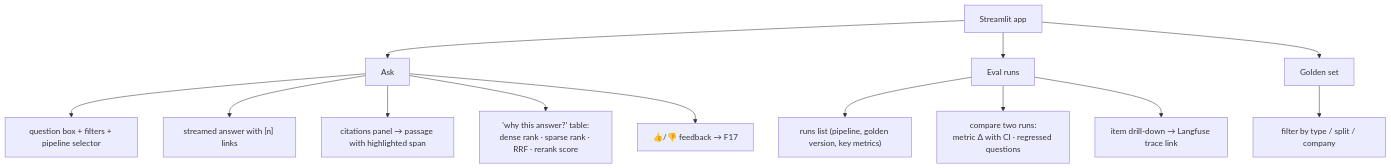
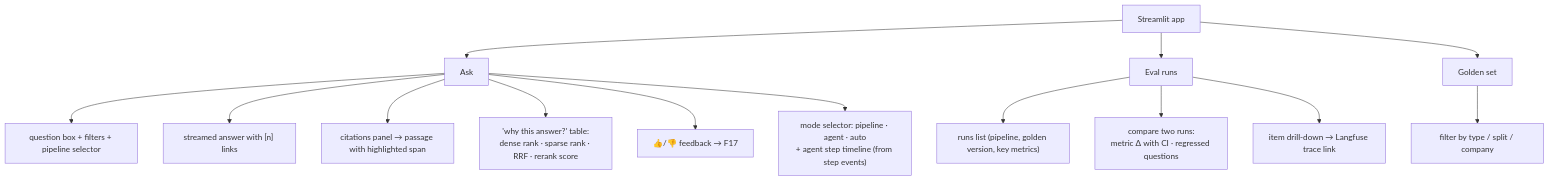
One commit to pRiMeXoMeGa/AI-Learning-Projects changed the first of 2 diagrams in projects/01-rag-eval-lab/docs/08-build-plan/F15-streamlit-ui.md. Above: the diagram before and after it, drawn with Mermaid. The commit also changed other lines of this file and 23 other files, not shown here.

````diff
--- a/projects/01-rag-eval-lab/docs/08-build-plan/F15-streamlit-ui.md
+++ b/projects/01-rag-eval-lab/docs/08-build-plan/F15-streamlit-ui.md
@@ -12,18 +12,19 @@
 ```mermaid
 flowchart TB
     APP["Streamlit app"] --> ASK["Ask"]
     APP --> RUNS["Eval runs"]
     APP --> GOLD["Golden set"]
 
     ASK --> A1["question box + filters + pipeline selector"]
     ASK --> A2["streamed answer with [n] links"]
     ASK --> A3["citations panel → passage with highlighted span"]
     ASK --> A4["'why this answer?' table:<br/>dense rank · sparse rank · RRF · rerank score"]
     ASK --> A5["👍/👎 feedback → F17"]
+    ASK --> A6["mode selector: pipeline · agent · auto<br/>+ agent step timeline (from step events)"]
 
     RUNS --> R1["runs list (pipeline, golden version, key metrics)"]
     RUNS --> R2["compare two runs:<br/>metric Δ with CI · regressed questions"]
     RUNS --> R3["item drill-down → Langfuse trace link"]
 
     GOLD --> G1["filter by type / split / company"]
 ```
````
